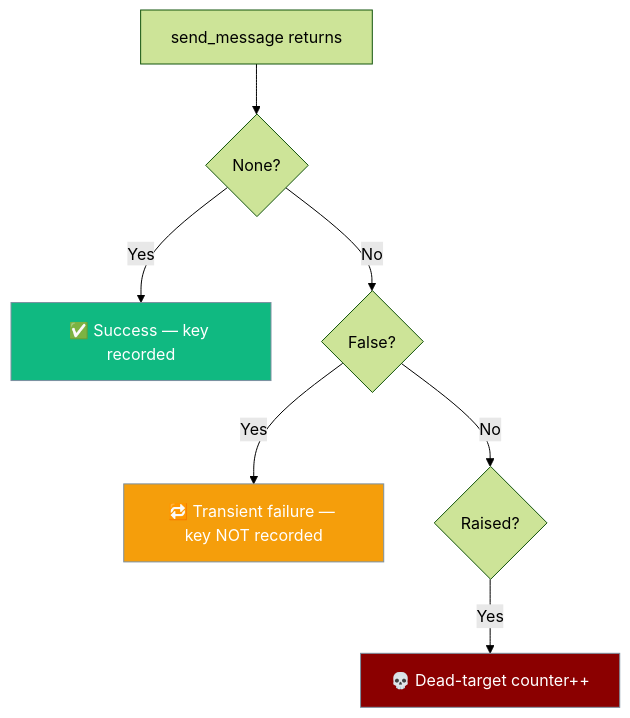
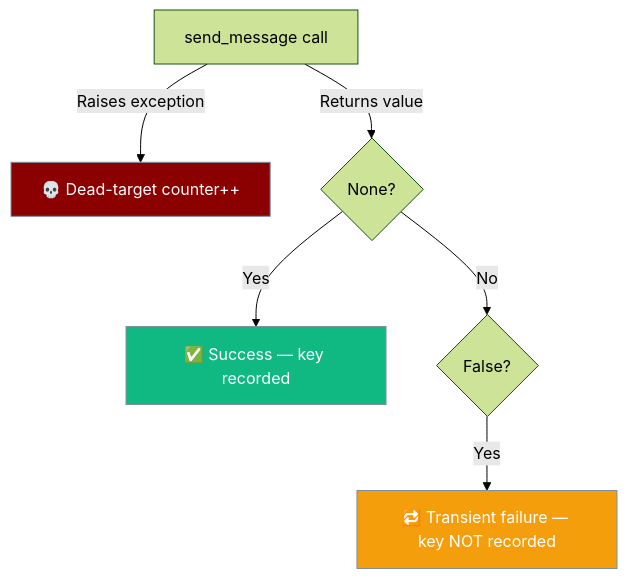
The fourth of 4 diagrams in docs/features/dead-target-registry.mdx (MervinPraison/PraisonAIDocs), drawn with Mermaid (forest theme) before and after one commit. The commit also changed 2 other files, not shown here.

Commit message:
docs: fix SDK accuracy — correct BotOS.deliver signature mismatches and Mermaid flow (fixes Gemini review)

````diff
--- a/docs/features/dead-target-registry.mdx
+++ b/docs/features/dead-target-registry.mdx
@@ -281,17 +281,16 @@
 ```mermaid
 graph TB
-    Send[send_message returns] --> None{None?}
+    Send[send_message call] -->|Raises exception| Dead[💀 Dead-target counter++]
+    Send -->|Returns value| None{None?}
     None -->|Yes| OK[✅ Success — key recorded]
     None -->|No| F{False?}
     F -->|Yes| Retry[🔁 Transient failure — key NOT recorded]
-    F -->|No| Raise{Raised?}
-    Raise -->|Yes| Dead[💀 Dead-target counter++]
 
     classDef ok fill:#10B981,stroke:#7C90A0,color:#fff
     classDef warn fill:#F59E0B,stroke:#7C90A0,color:#fff
     classDef err fill:#8B0000,stroke:#7C90A0,color:#fff
 
     class OK ok
     class Retry warn
     class Dead err
 ```
````
